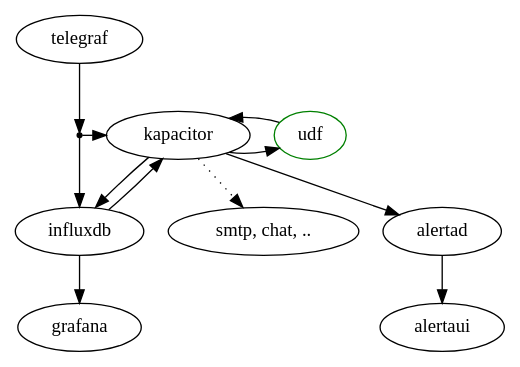
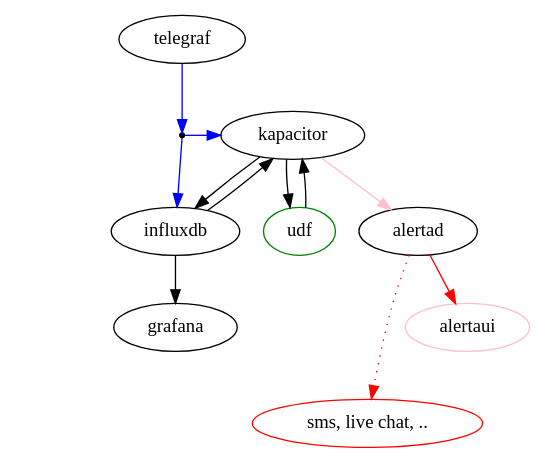
One commit to ccdcoe/CDMCS changed the diagram in TICK/vagrant/singlehost/graph.dot. Above: the diagram before and after it, drawn with Graphviz.

Commit message:
colors to singlehost digraph

```diff
--- a/TICK/vagrant/singlehost/graph.dot
+++ b/TICK/vagrant/singlehost/graph.dot
@@ -1,18 +1,31 @@
 digraph kapaudf {
 
+{
+edge[style=invis]
+node[style=invis]
+1->2->3->4->5
+}
+
 t1 [label="telegraf"]
+tap [label="" shape="point"]
+smtp [label="sms, live chat, .." color="red"]
+udf [color="green"]
+alertaui[color="pink"]
 
-tap [label="" shape="point"]
-smtp [label="smtp, chat, .."]
-udf [color="green"]
+t1 -> tap -> influxdb  [color="blue"]
+tap -> kapacitor [color="blue"]
+influxdb -> grafana
+influxdb -> kapacitor
+kapacitor -> udf -> kapacitor
+kapacitor -> alertad [color="pink"]
+kapacitor -> influxdb
+alertad -> alertaui [color="red"]
+alertad -> smtp [style="dotted" color="red"]
 
-{t1} -> tap -> influxdb -> {grafana kapacitor}
-tap -> kapacitor -> {alertad} -> alertaui
-kapacitor -> influxdb
-
-kapacitor -> udf -> kapacitor
-kapacitor -> smtp [style="dotted"]
-
-{rank=same tap kapacitor udf}
+{rank=min 1 t1}
+{rank=same 2 tap kapacitor}
+{rank=same 3 influxdb alertad udf}
+{rank=same 4 grafana alertaui}
+{rank=max 5 smtp }
 
 }
```
